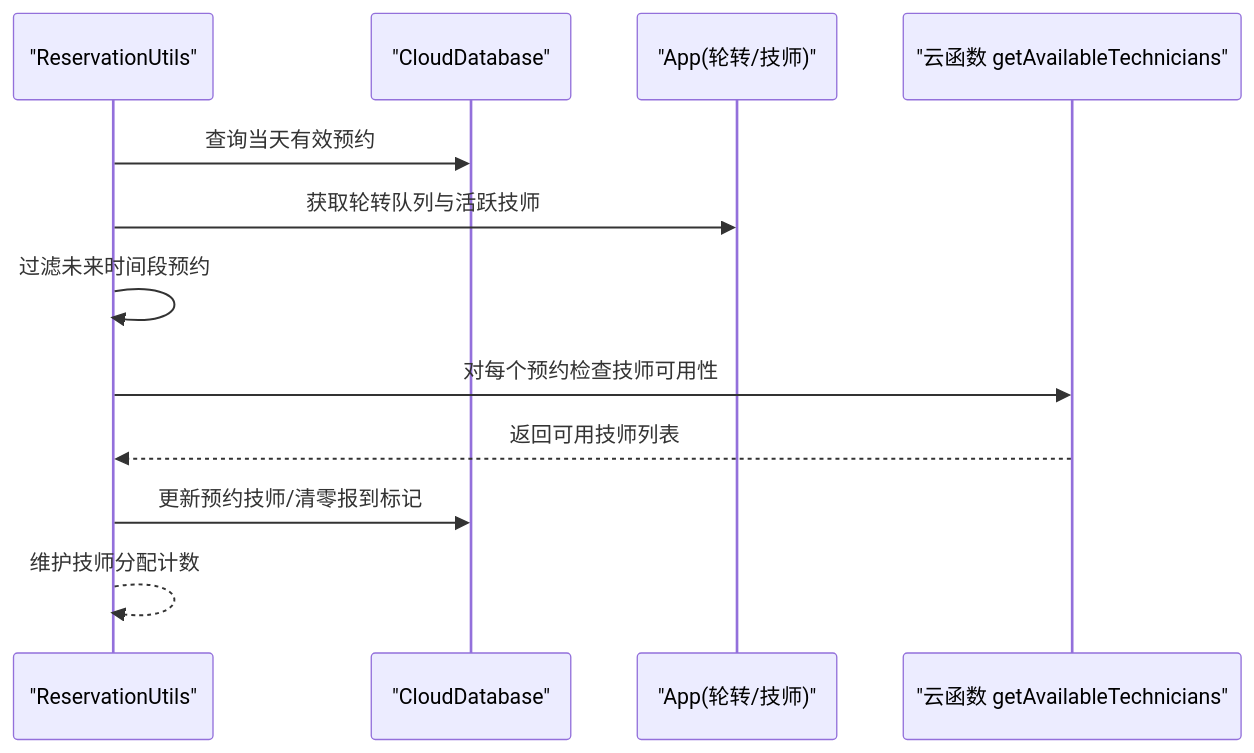
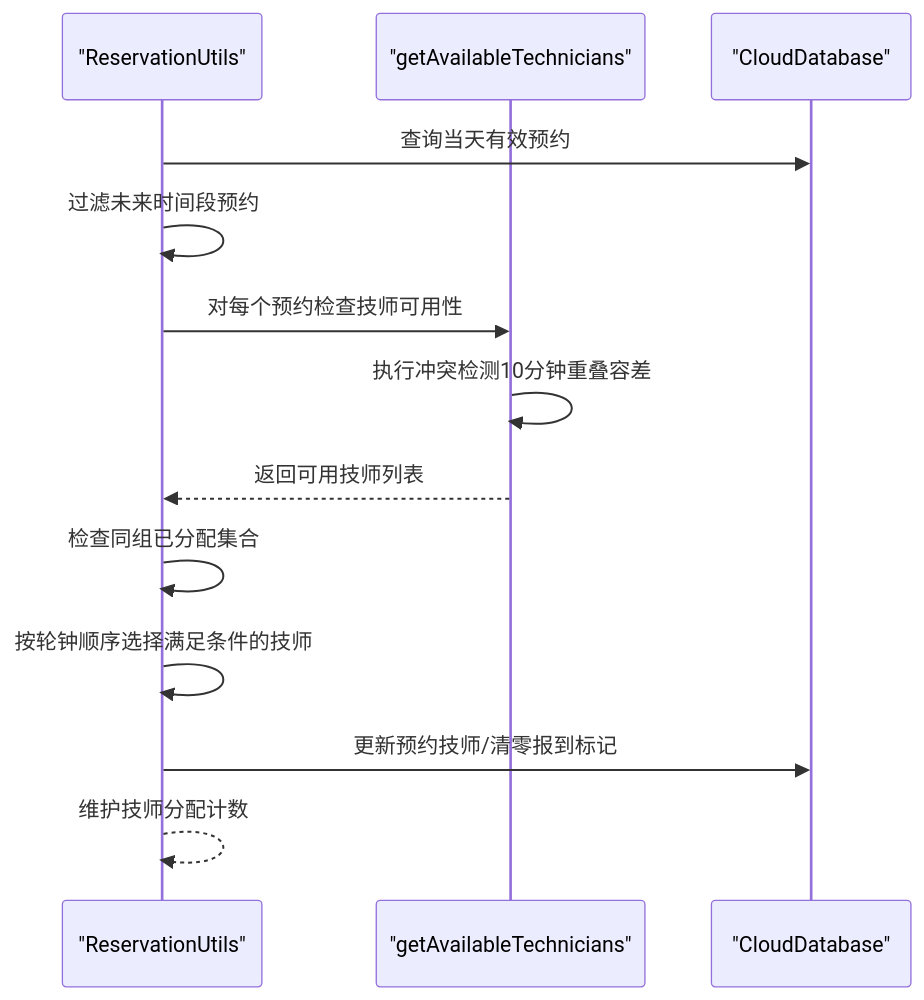
One commit to xwHoward/padoo-consulation-printer changed the fourth of 9 diagrams in .qoder/repowiki/zh/content/预约管理系统/预约创建与管理.md. Above: the diagram before and after it, drawn with Mermaid. The commit also changed other lines of this file and 21 other files, not shown here.

````diff
--- a/.qoder/repowiki/zh/content/预约管理系统/预约创建与管理.md
+++ b/.qoder/repowiki/zh/content/预约管理系统/预约创建与管理.md
@@ -187,14 +199,15 @@
 ```mermaid
 sequenceDiagram
 participant RU as "ReservationUtils"
+participant GAT as "getAvailableTechnicians"
 participant CDB as "CloudDatabase"
-participant APP as "App(轮转/技师)"
-participant CF as "云函数 getAvailableTechnicians"
 RU->>CDB : 查询当天有效预约
-RU->>APP : 获取轮转队列与活跃技师
 RU->>RU : 过滤未来时间段预约
-RU->>CF : 对每个预约检查技师可用性
-CF-->>RU : 返回可用技师列表
+RU->>GAT : 对每个预约检查技师可用性
+GAT->>GAT : 执行冲突检测10分钟重叠容差
+GAT-->>RU : 返回可用技师列表
+RU->>RU : 检查同组已分配集合
+RU->>RU : 按轮钟顺序选择满足条件的技师
 RU->>CDB : 更新预约技师/清零报到标记
 RU-->>RU : 维护技师分配计数
 ```
````
